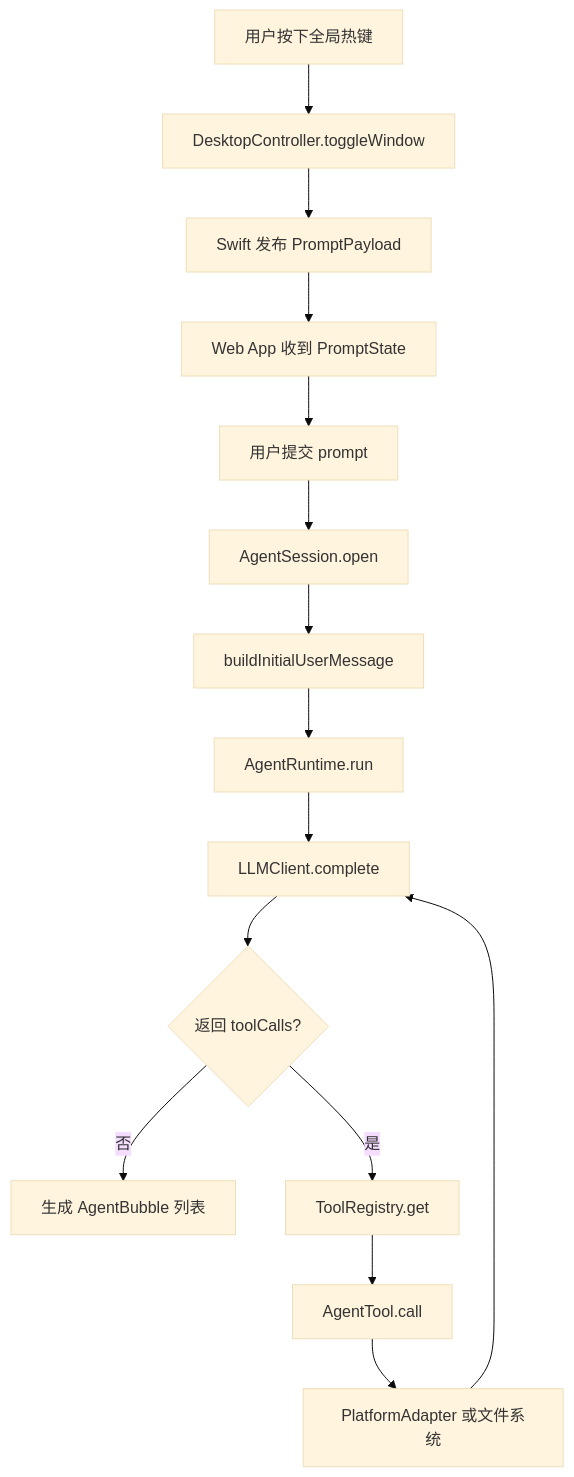
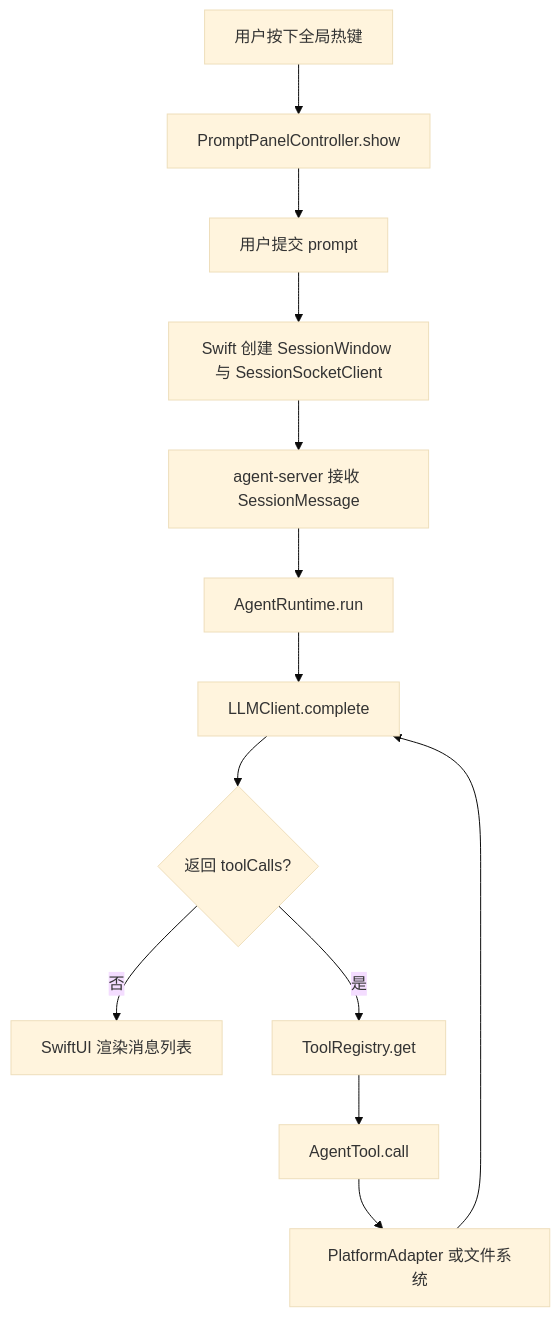
Before and after one commit to Lixuhang987/SpotAgent: the second of 2 diagrams in handAgent.md, drawn with Mermaid (base theme). The commit also changed other lines of this file and 26 other files, not shown here.

````diff
--- a/handAgent.md
+++ b/handAgent.md
@@ -37,17 +37,15 @@
 ```mermaid
 flowchart TD
-  A[用户按下全局热键] --> B[DesktopController.toggleWindow]
-  B --> C[Swift 发布 PromptPayload]
-  C --> D[Web App 收到 PromptState]
-  D --> E[用户提交 prompt]
-  E --> F[AgentSession.open]
-  F --> G[buildInitialUserMessage]
-  G --> H[AgentRuntime.run]
-  H --> I[LLMClient.complete]
-  I --> J{返回 toolCalls?}
-  J -- 否 --> K[生成 AgentBubble 列表]
-  J -- 是 --> L[ToolRegistry.get]
-  L --> M[AgentTool.call]
-  M --> N[PlatformAdapter 或文件系统]
-  N --> I
+  A[用户按下全局热键] --> B[PromptPanelController.show]
+  B --> C[用户提交 prompt]
+  C --> D[Swift 创建 SessionWindow 与 SessionSocketClient]
+  D --> E[agent-server 接收 SessionMessage]
+  E --> F[AgentRuntime.run]
+  F --> G[LLMClient.complete]
+  G --> H{返回 toolCalls?}
+  H -- 否 --> I[SwiftUI 渲染消息列表]
+  H -- 是 --> J[ToolRegistry.get]
+  J --> K[AgentTool.call]
+  K --> L[PlatformAdapter 或文件系统]
+  L --> G
 ```
````
